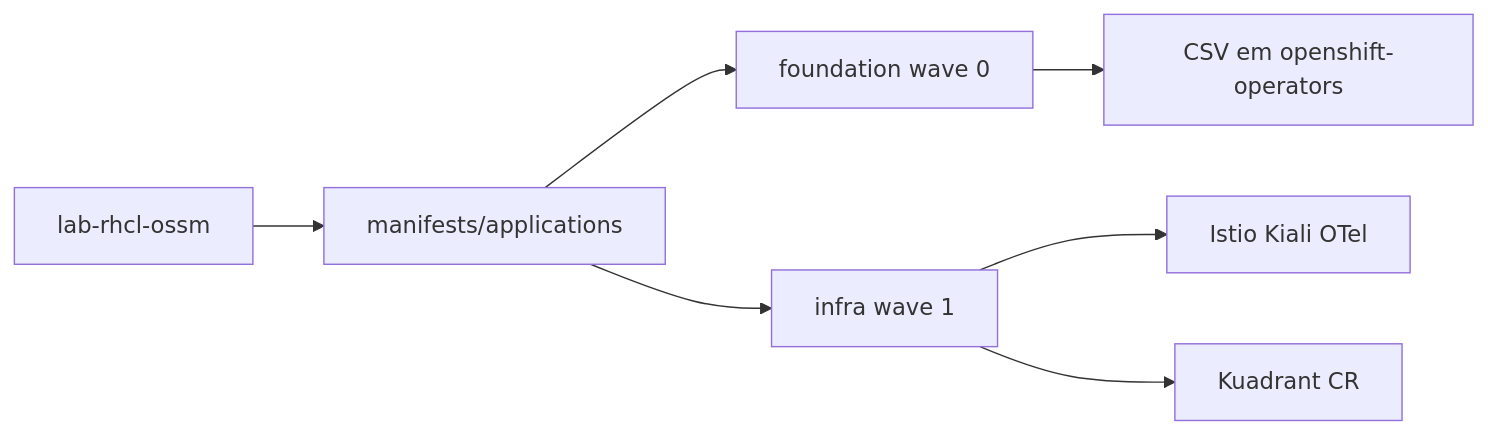
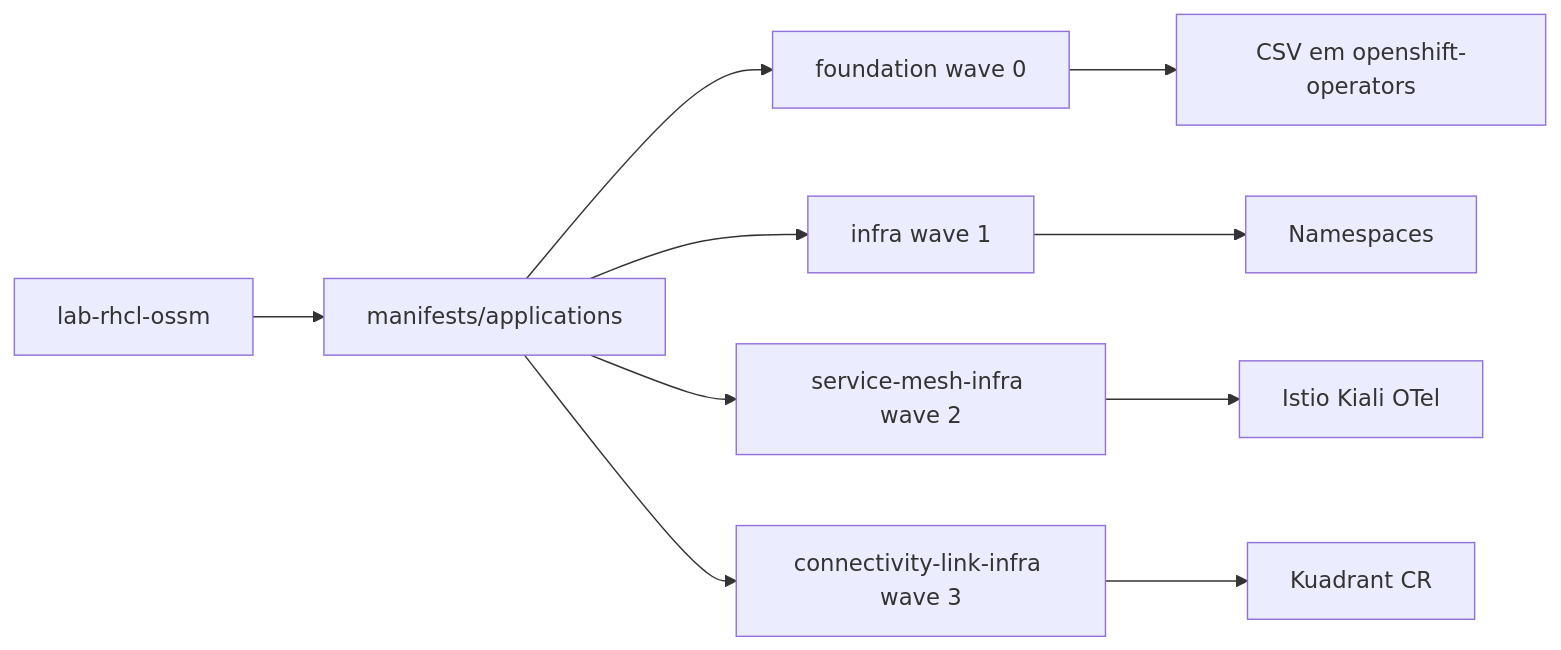
The diagram in README.md (thegusmao/rhcl-rhossm), drawn with Mermaid before and after one commit. The commit also changed other lines of this file and 5 other files, not shown here.

First line of the commit message:
feat(gitops): split infra into service-mesh-infra and connectivity-link-infra apps

````diff
--- a/README.md
+++ b/README.md
@@ -36,9 +39,12 @@
 ```mermaid
 flowchart LR
   Bootstrap[lab-rhcl-ossm] --> Apps[manifests/applications]
   Apps --> Foundation[foundation wave 0]
   Apps --> Infra[infra wave 1]
+  Apps --> MeshApp[service-mesh-infra wave 2]
+  Apps --> RhclApp[connectivity-link-infra wave 3]
   Foundation --> Operators[CSV em openshift-operators]
-  Infra --> Mesh[Istio Kiali OTel]
-  Infra --> RHCL[Kuadrant CR]
+  Infra --> NS[Namespaces]
+  MeshApp --> Mesh[Istio Kiali OTel]
+  RhclApp --> RHCL[Kuadrant CR]
 ```
````
